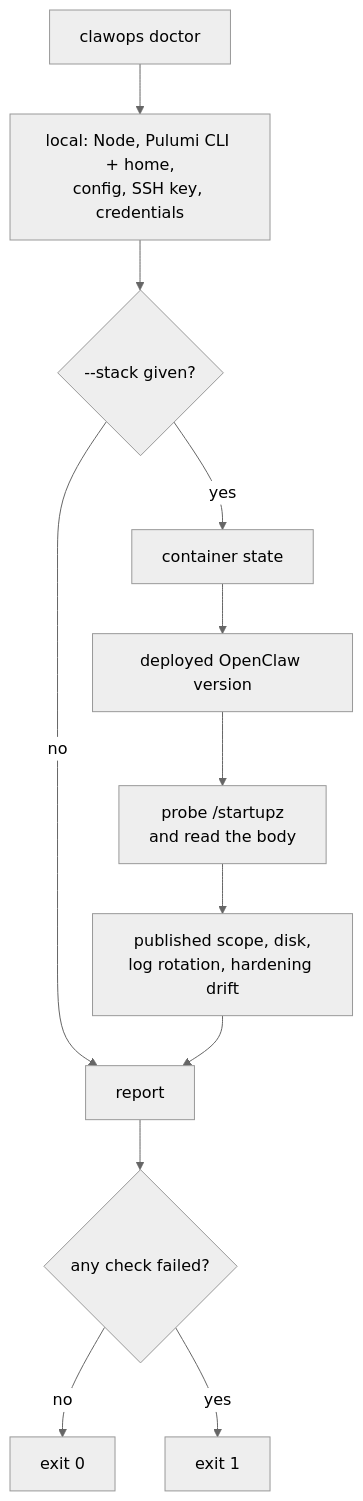
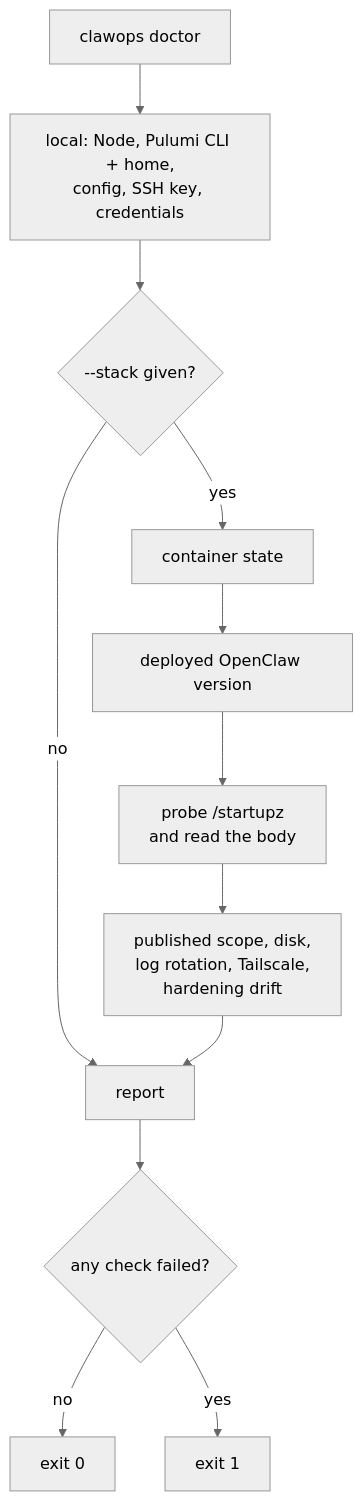
Before and after one commit to dfridkin/clawops: diagram 11 of 11 in README.md, drawn with Mermaid (neutral theme). The commit also changed other lines of this file and 11 other files, not shown here.

````diff
--- a/README.md
+++ b/README.md
@@ -1363,14 +1363,14 @@
 ```mermaid
 flowchart TD
     A["clawops doctor"] --> B["local: Node, Pulumi CLI + home,<br/>config, SSH key, credentials"]
     B --> C{"--stack given?"}
     C -- no --> Z["report"]
     C -- yes --> D["container state"]
     D --> E["deployed OpenClaw version"]
     E --> F["probe /startupz<br/>and read the body"]
-    F --> G["published scope, disk,<br/>log rotation, hardening drift"]
+    F --> G["published scope, disk,<br/>log rotation, Tailscale,<br/>hardening drift"]
     G --> Z
     Z --> Y{"any check failed?"}
     Y -- no --> Y1["exit 0"]
     Y -- yes --> Y2["exit 1"]
 ```
````
